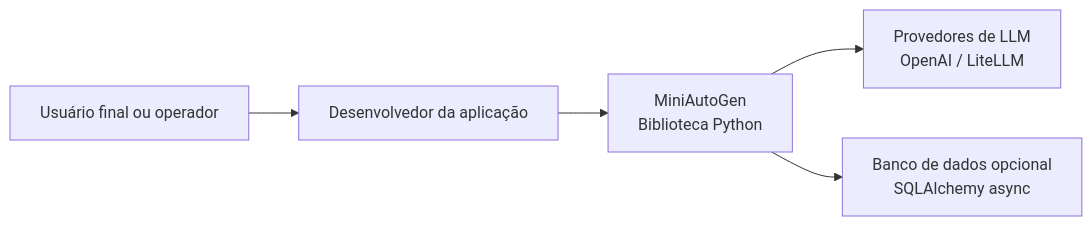
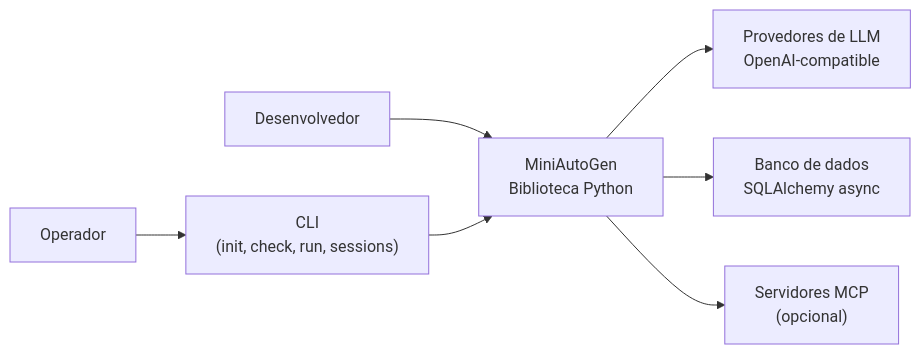
The diagram in docs/pt/architecture/01-contexto.md (brunocapelao/miniAutoGen), drawn with Mermaid before and after one commit. The commit also changed other lines of this file and 23 other files, not shown here.

Commit message:
feat: add comprehensive implementation spec for miniAutoGen evolution towards a mature agentic runtime surpassing LangGraph

````diff
--- a/docs/pt/architecture/01-contexto.md
+++ b/docs/pt/architecture/01-contexto.md
@@ -37,7 +35,9 @@
 ```mermaid
 flowchart LR
-    Dev["Desenvolvedor da aplicação"] --> Mini["MiniAutoGen\nBiblioteca Python"]
-    User["Usuário final ou operador"] --> Dev
-    Mini --> LLM["Provedores de LLM\nOpenAI / LiteLLM"]
-    Mini --> DB["Banco de dados opcional\nSQLAlchemy async"]
+    Dev["Desenvolvedor"] --> Mini["MiniAutoGen\nBiblioteca Python"]
+    Ops["Operador"] --> CLI["CLI\n(init, check, run, sessions)"]
+    CLI --> Mini
+    Mini --> LLM["Provedores de LLM\nOpenAI-compatible"]
+    Mini --> DB["Banco de dados\nSQLAlchemy async"]
+    Mini --> MCP["Servidores MCP\n(opcional)"]
 ```
````
